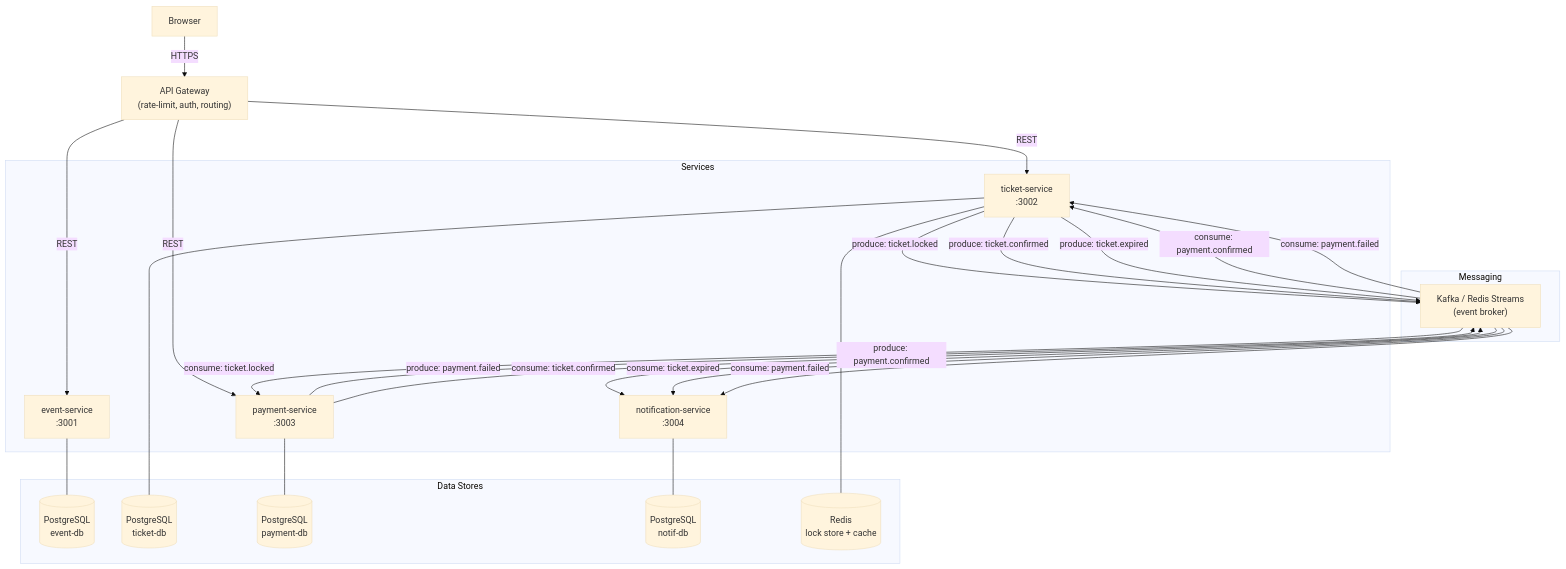
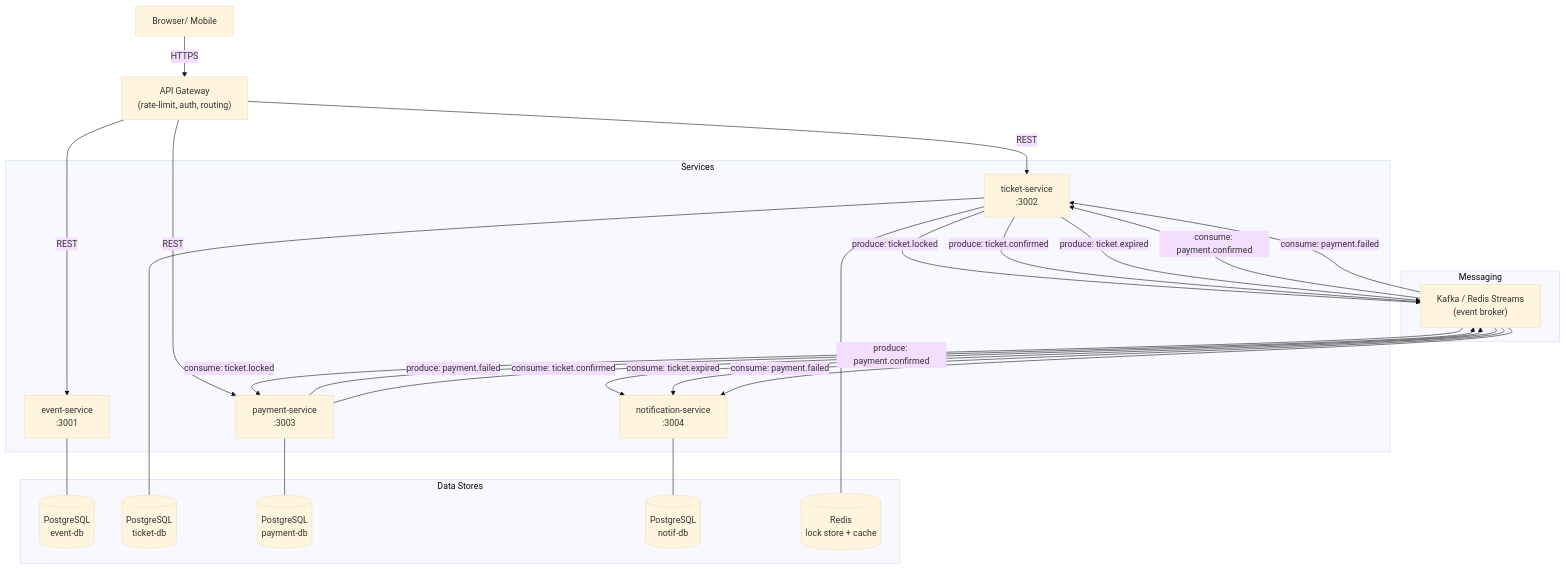
The first of 7 diagrams in docs/arsitektur-war-tiket-konser.md (Jusriadiliwang/Lab-kelompok-05-tiket), drawn with Mermaid (base theme) before and after one commit.

Commit message:
feat: arsitektur, enhanced auth - login, register, forgot password dengan OTP

````diff
--- a/docs/arsitektur-war-tiket-konser.md
+++ b/docs/arsitektur-war-tiket-konser.md
@@ -29,47 +29,47 @@
 ```mermaid
 graph TD
-    Client["Browser"]
+    Client["Browser/ Mobile"]
     GW["API Gateway\n(rate-limit, auth, routing)"]
 
     subgraph Services
         ES["event-service\n:3001"]
         TS["ticket-service\n:3002"]
         PS["payment-service\n:3003"]
         NS["notification-service\n:3004"]
     end
 
     subgraph Data Stores
         PG_E[("PostgreSQL\nevent-db")]
         PG_T[("PostgreSQL\nticket-db")]
         PG_P[("PostgreSQL\npayment-db")]
         PG_N[("PostgreSQL\nnotif-db")]
         RD[("Redis\nlock store + cache")]
     end
 
     subgraph Messaging
         KF["Kafka / Redis Streams\n(event broker)"]
     end
 
     Client -->|HTTPS| GW
     GW -->|REST| ES
     GW -->|REST| TS
     GW -->|REST| PS
 
     ES --- PG_E
     TS --- PG_T
     TS --- RD
     PS --- PG_P
     NS --- PG_N
 
     TS -->|produce: ticket.locked| KF
     TS -->|produce: ticket.confirmed| KF
     TS -->|produce: ticket.expired| KF
     PS -->|produce: payment.confirmed| KF
     PS -->|produce: payment.failed| KF
     KF -->|consume: ticket.locked| PS
     KF -->|consume: payment.confirmed| TS
     KF -->|consume: payment.failed| TS
     KF -->|consume: ticket.confirmed| NS
     KF -->|consume: ticket.expired| NS
     KF -->|consume: payment.failed| NS
 ```
````
